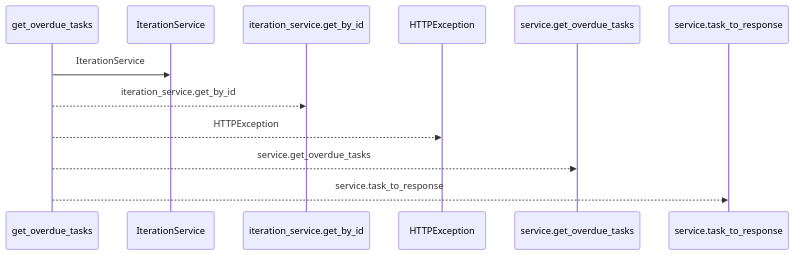
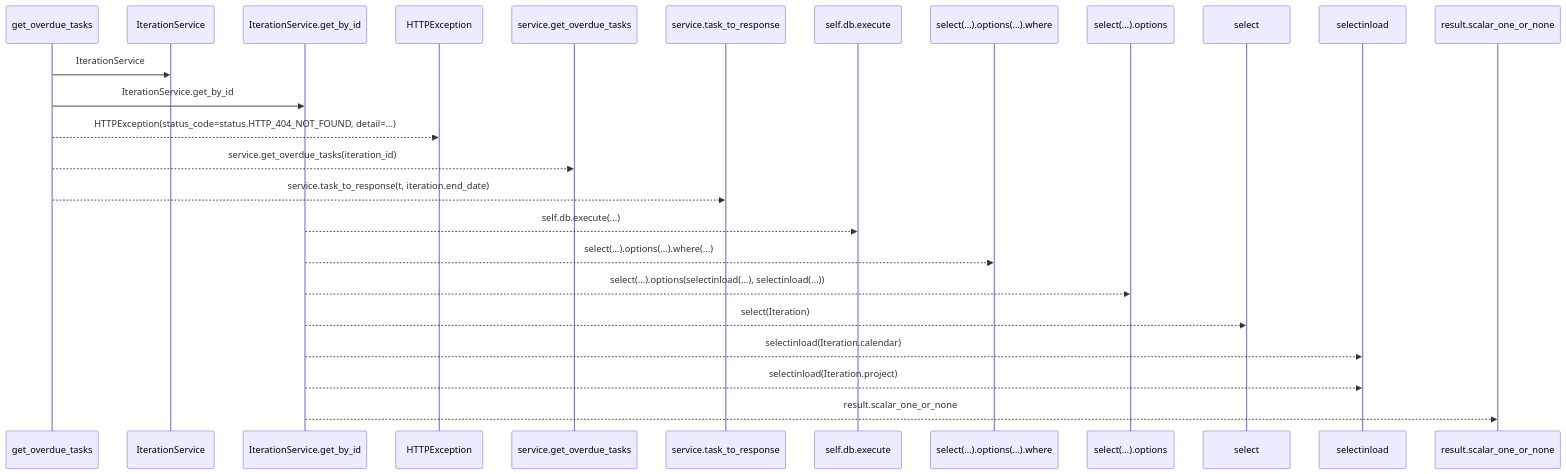
Before and after one commit to Denissvgn/WorkChord: the first of 2 diagrams in docs/llm_wiki/flows/http-get_overdue_tasks.md, drawn with Mermaid. The commit also changed other lines of this file and 25171 other files, not shown here.

````diff
--- a/docs/llm_wiki/flows/http-get_overdue_tasks.md
+++ b/docs/llm_wiki/flows/http-get_overdue_tasks.md
@@ -10,14 +12,27 @@
 ```mermaid
 sequenceDiagram
     participant p0 as get_overdue_tasks
     participant p1 as IterationService
-    participant p2 as iteration_service.get_by_id
+    participant p2 as IterationService.get_by_id
     participant p3 as HTTPException
     participant p4 as service.get_overdue_tasks
     participant p5 as service.task_to_response
+    participant p6 as self.db.execute
+    participant p7 as select(…).options(…).where
+    participant p8 as select(…).options
+    participant p9 as select
+    participant p10 as selectinload
+    participant p11 as result.scalar_one_or_none
     p0->>p1: IterationService
-    p0-->>p2: iteration_service.get_by_id
-    p0-->>p3: HTTPException
-    p0-->>p4: service.get_overdue_tasks
-    p0-->>p5: service.task_to_response
+    p0->>p2: IterationService.get_by_id
+    p0-->>p3: HTTPException(status_code=status.HTTP_404_NOT_FOUND, detail=...)
+    p0-->>p4: service.get_overdue_tasks(iteration_id)
+    p0-->>p5: service.task_to_response(t, iteration.end_date)
+    p2-->>p6: self.db.execute(...)
+    p2-->>p7: select(…).options(…).where(...)
+    p2-->>p8: select(…).options(selectinload(...), selectinload(...))
+    p2-->>p9: select(Iteration)
+    p2-->>p10: selectinload(Iteration.calendar)
+    p2-->>p10: selectinload(Iteration.project)
+    p2-->>p11: result.scalar_one_or_none
 ```
````
